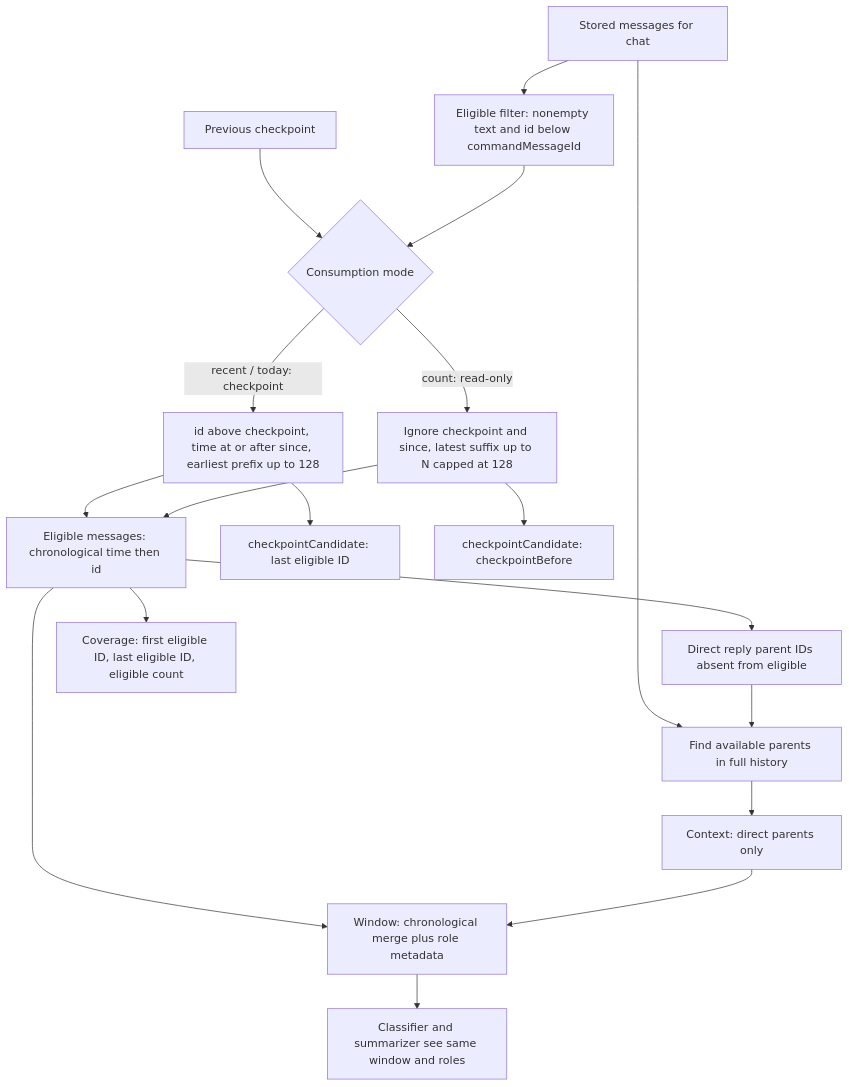
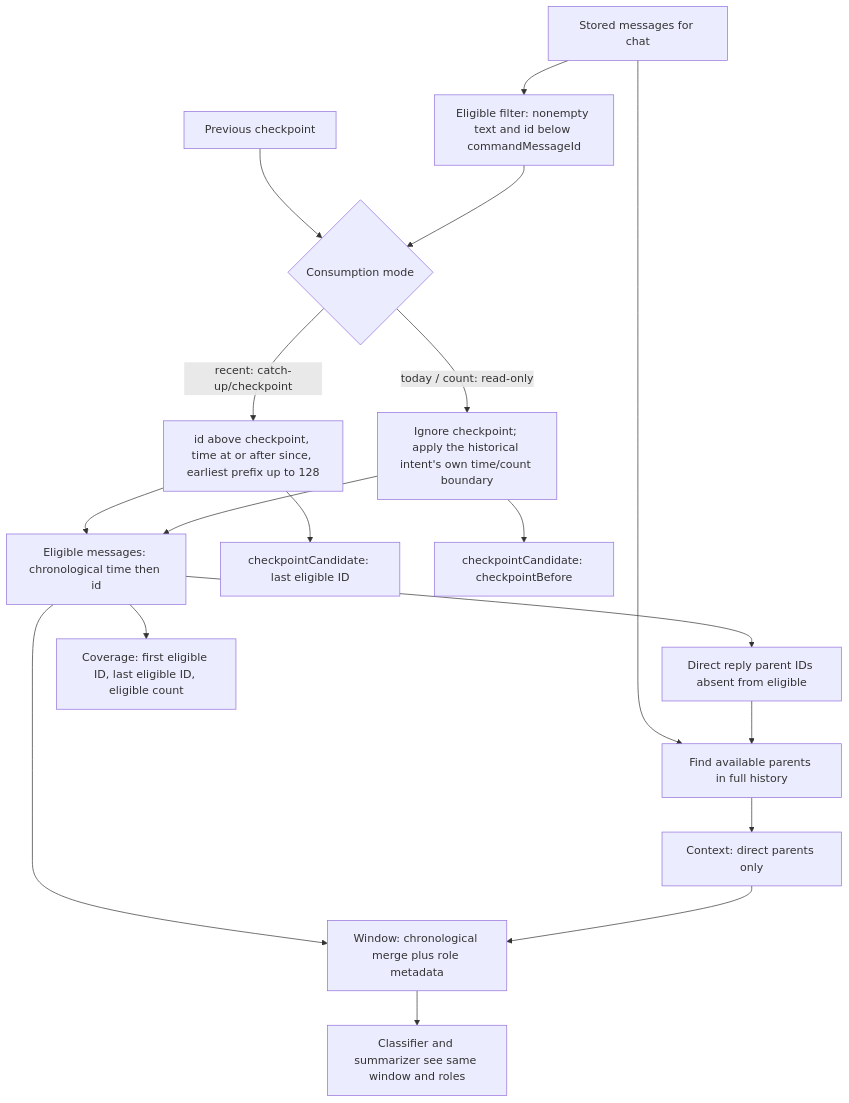
Before and after one commit to volynetstyle/microsonya: the seventh of 12 diagrams in docs/architecture/mental-model.md, drawn with Mermaid. The commit also changed other lines of this file and 20 other files, not shown here.

````diff
--- a/docs/architecture/mental-model.md
+++ b/docs/architecture/mental-model.md
@@ -325,20 +329,20 @@
 ```mermaid
 flowchart TD
     H["Stored messages for chat"] --> F["Eligible filter: nonempty text and id below commandMessageId"]
     CP["Previous checkpoint"] --> MODE{"Consumption mode"}
     F --> MODE
-    MODE -->|"recent / today: checkpoint"| P["id above checkpoint, time at or after since, earliest prefix up to 128"]
-    MODE -->|"count: read-only"| S["Ignore checkpoint and since, latest suffix up to N capped at 128"]
+    MODE -->|"recent: catch-up/checkpoint"| P["id above checkpoint, time at or after since, earliest prefix up to 128"]
+    MODE -->|"today / count: read-only"| S["Ignore checkpoint; apply the historical intent's own time/count boundary"]
     P --> E["Eligible messages: chronological time then id"]
     S --> E
     E --> RP["Direct reply parent IDs absent from eligible"]
     H --> CT["Find available parents in full history"]
     RP --> CT
     CT --> C["Context: direct parents only"]
     E --> W["Window: chronological merge plus role metadata"]
     C --> W
     W --> MODEL["Classifier and summarizer see same window and roles"]
     E --> CV["Coverage: first eligible ID, last eligible ID, eligible count"]
     P --> CC["checkpointCandidate: last eligible ID"]
     S --> RO["checkpointCandidate: checkpointBefore"]
 ```
````
